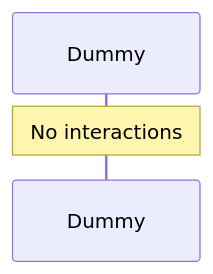
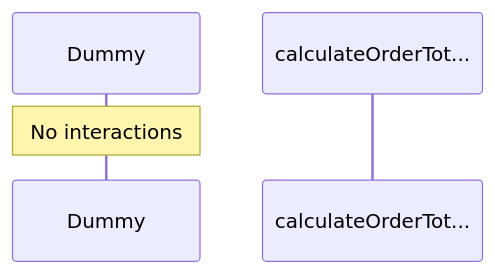
Before and after one commit to kumtaek/ktohRep: the diagram in output/sampleSrc/visualize/sequence.md, drawn with Mermaid. The commit also changed other lines of this file and 49 other files, not shown here.

Commit message:
시퀀스다이어그램 개발중2

````diff
--- a/output/sampleSrc/visualize/sequence.md
+++ b/output/sampleSrc/visualize/sequence.md
@@ -12,7 +12,8 @@
 ```mermaid
 sequenceDiagram
   participant Dummy as Dummy
+  participant n1_method_42 as calculateOrderTot...
 
   Note over Dummy: No interactions
 
 ```
````
